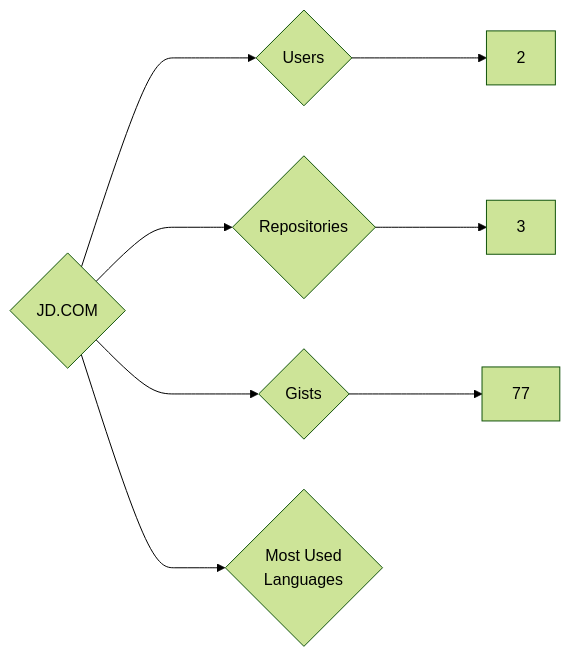
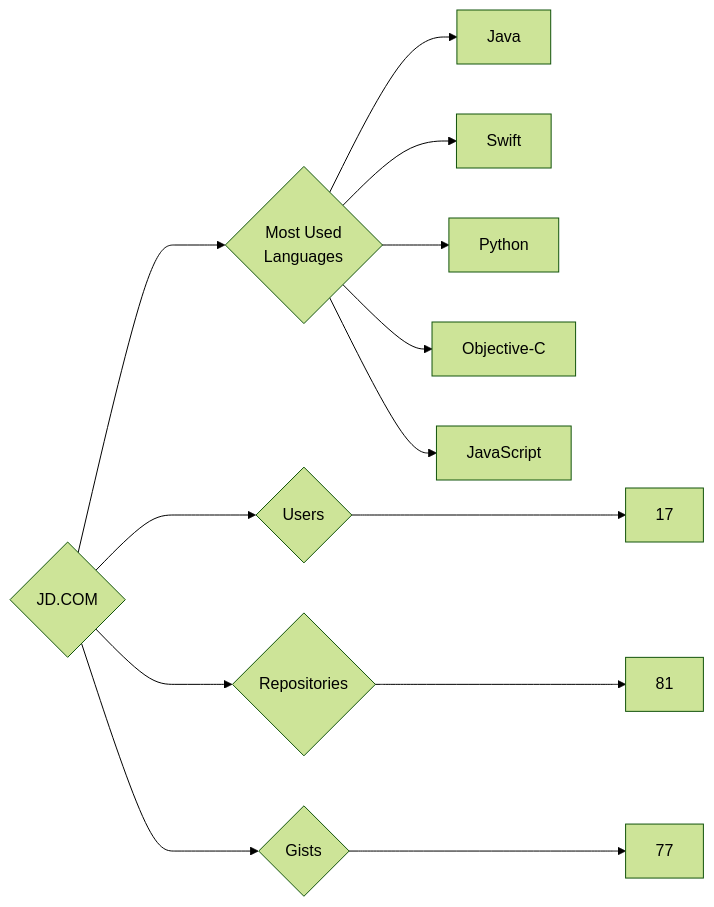
Before and after one commit to trickest/insiders: the diagram in targets/JD.COM/README.md, drawn with Mermaid (forest theme). The commit also changed 953 other files, not shown here.

````diff
--- a/targets/JD.COM/README.md
+++ b/targets/JD.COM/README.md
@@ -3,8 +3,13 @@
 ```mermaid
 graph LR
 COMPANY_NAME{JD.COM}
-COMPANY_NAME ---> U{Users} ---> UN[2]
-COMPANY_NAME ---> R{Repositories} ---> RN[3]
+COMPANY_NAME ---> U{Users} ---> UN[17]
+COMPANY_NAME ---> R{Repositories} ---> RN[81]
 COMPANY_NAME ---> G{Gists} ---> GN[77]
 COMPANY_NAME ---> ML{Most Used<br>Languages}
+ML --> Java[Java]
+ML --> Swift[Swift]
+ML --> Python[Python]
+ML --> Objective-C[Objective-C]
+ML --> JavaScript[JavaScript]
 ```
````
